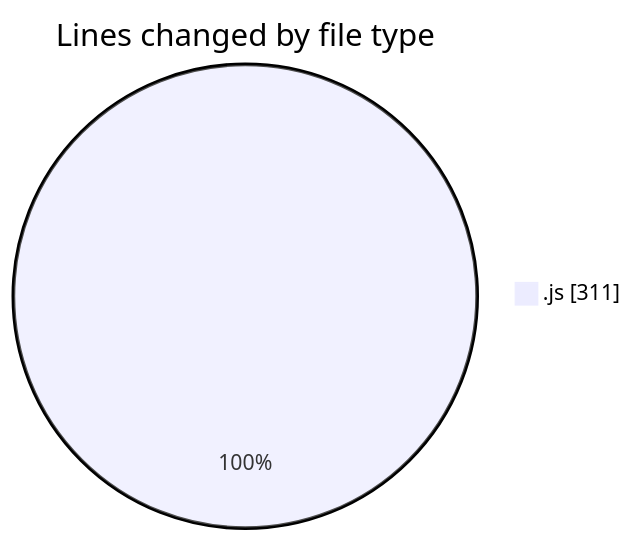
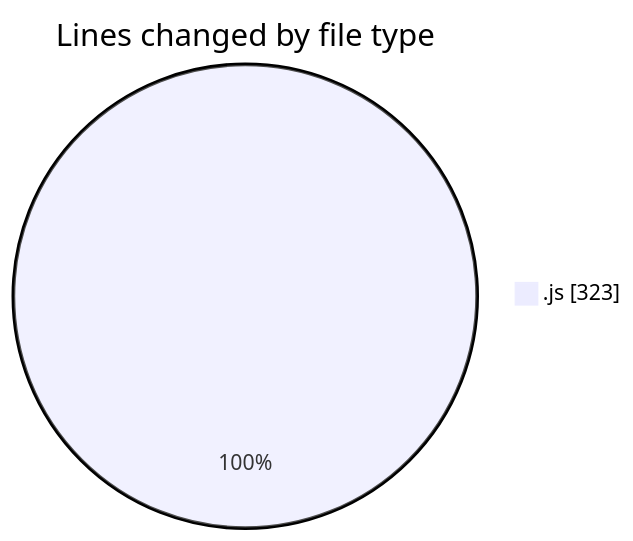
One commit to Ritupan-Deka/code-tracking changed the first of 2 diagrams in 2025-07-21/javascript/README.md. Above: the diagram before and after it, drawn with Mermaid. The commit also changed other lines of this file and 1 other file, not shown here.

````diff
--- a/2025-07-21/javascript/README.md
+++ b/2025-07-21/javascript/README.md
@@ -22,5 +22,5 @@
 ```mermaid
 pie showData
 title Lines changed by file type
-".js" : 311
+".js" : 323
 ```
````
